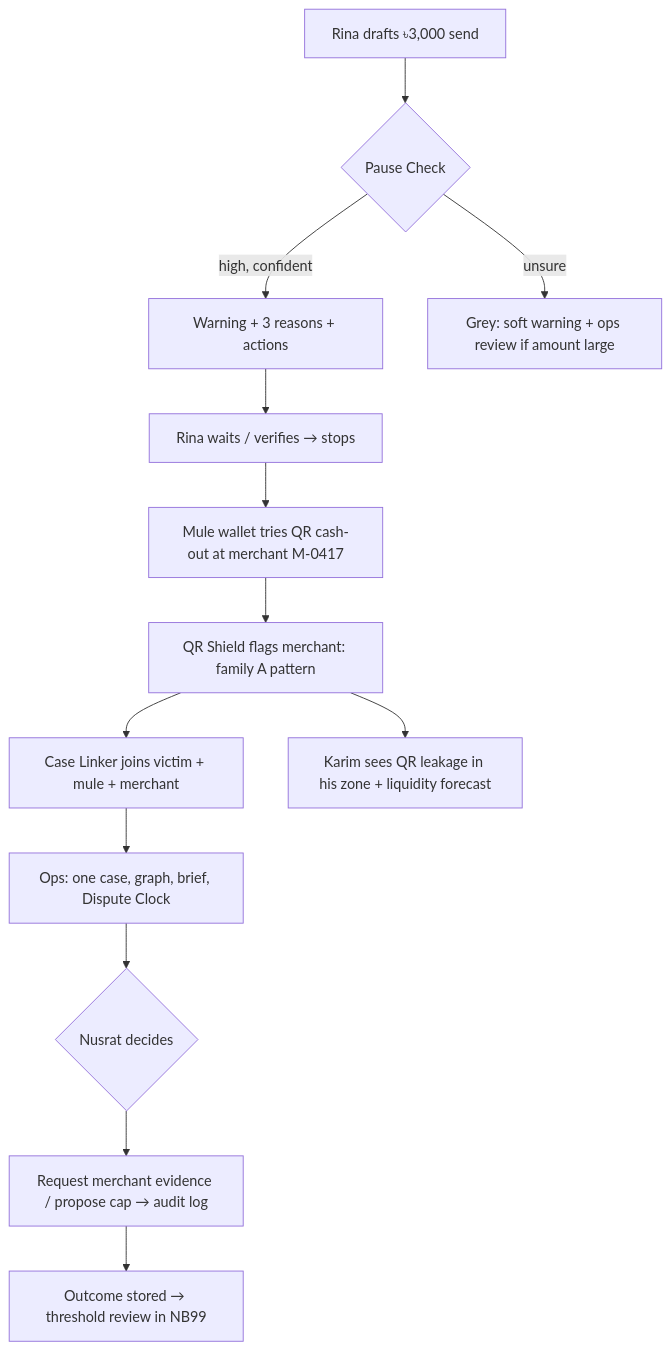
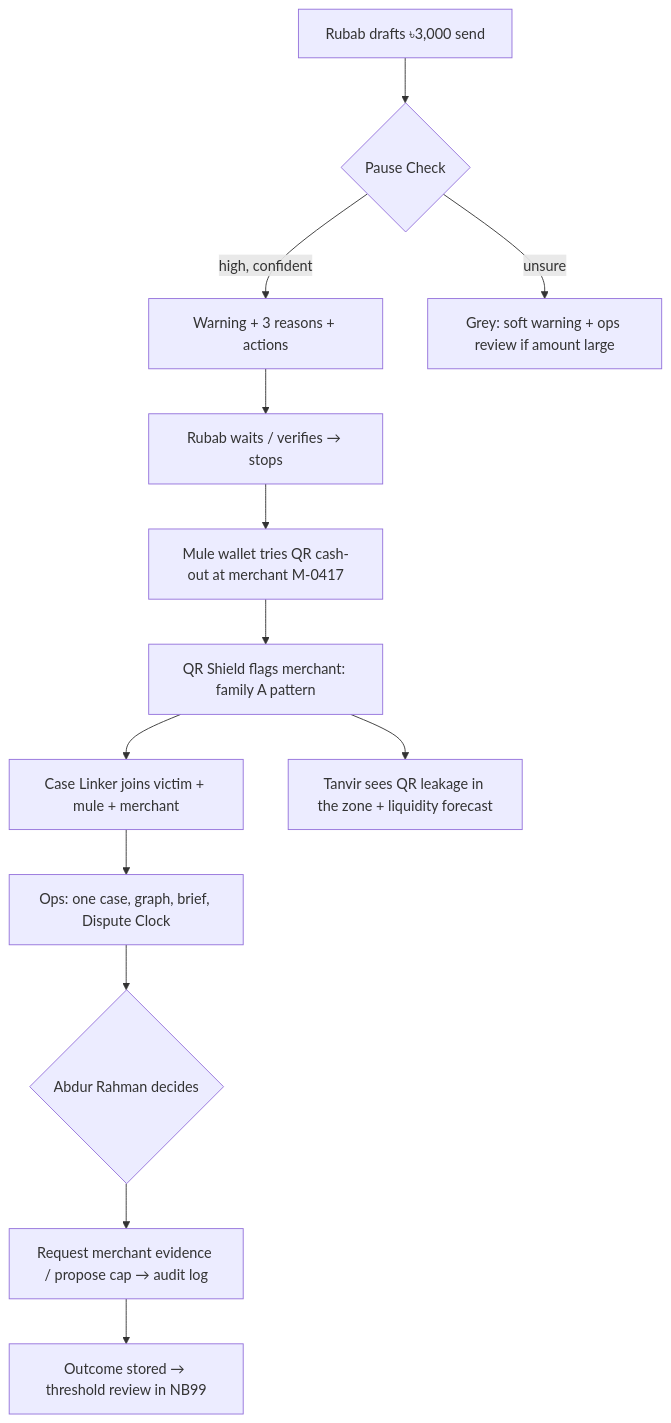
The third of 3 diagrams in docs/architecture.md (ABRUBAB/takaresolve-ai-hackathon-2026), drawn with Mermaid before and after one commit. The commit also changed 52 other files, not shown here.

First line of the commit message:
feat(web): clear services per person, wider layout, clickable cues, notebook charts

````diff
--- a/docs/architecture.md
+++ b/docs/architecture.md
@@ -59,15 +59,15 @@
 ```mermaid
 flowchart TD
-  A[Rina drafts ৳3,000 send] --> B{Pause Check}
+  A[Rubab drafts ৳3,000 send] --> B{Pause Check}
   B -- high, confident --> C[Warning + 3 reasons + actions]
   B -- unsure --> D[Grey: soft warning + ops review if amount large]
-  C --> E[Rina waits / verifies → stops]
+  C --> E[Rubab waits / verifies → stops]
   E --> F[Mule wallet tries QR cash-out at merchant M-0417]
   F --> G[QR Shield flags merchant: family A pattern]
   G --> H[Case Linker joins victim + mule + merchant]
   H --> I[Ops: one case, graph, brief, Dispute Clock]
-  I --> J{Nusrat decides}
+  I --> J{Abdur Rahman decides}
   J --> K[Request merchant evidence / propose cap → audit log]
-  G --> L[Karim sees QR leakage in his zone + liquidity forecast]
+  G --> L[Tanvir sees QR leakage in the zone + liquidity forecast]
   K --> M[Outcome stored → threshold review in NB99]
 ```
````
